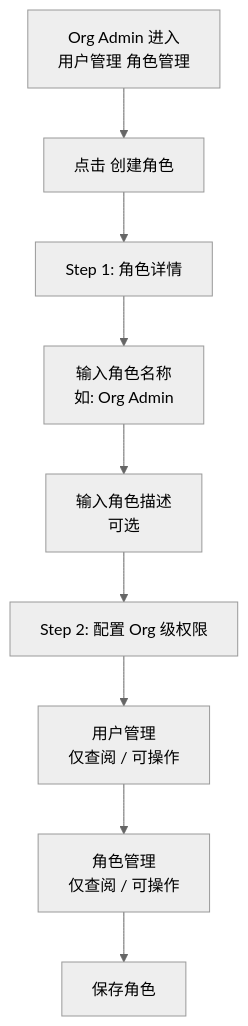
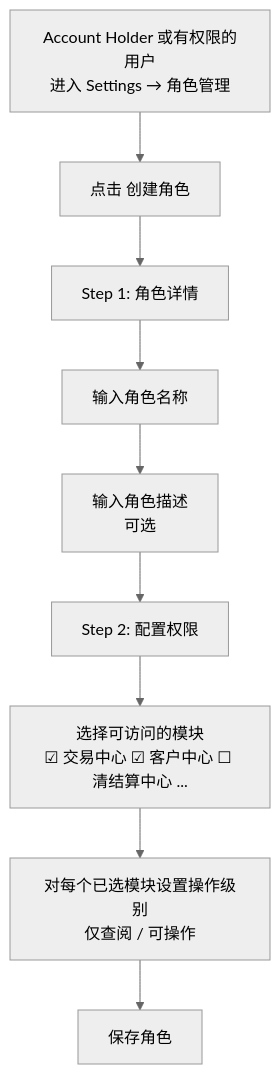
One commit to xiaoxiaoangie/EX-NEW changed the sixth of 13 diagrams in USERPERMISSIONS/prd/Users-Roles-Permissions.md. Above: the diagram before and after it, drawn with Mermaid (neutral theme). The commit also changed other lines of this file and 30 other files, not shown here.

````diff
--- a/USERPERMISSIONS/prd/Users-Roles-Permissions.md
+++ b/USERPERMISSIONS/prd/Users-Roles-Permissions.md
@@ -470,14 +613,14 @@
 ```mermaid
 flowchart TD
-    A[Org Admin 进入<br/>用户管理 角色管理] --> B[点击 创建角色]
+    A[Account Holder 或有权限的用户<br/>进入 Settings → 角色管理] --> B[点击 创建角色]
 
     B --> C[Step 1: 角色详情]
-    C --> C1[输入角色名称<br/>如: Org Admin]
+    C --> C1[输入角色名称]
     C1 --> C2[输入角色描述<br/>可选]
 
-    C2 --> D[Step 2: 配置 Org 级权限]
-    D --> D1["用户管理<br/>仅查阅 / 可操作"]
-    D1 --> D2["角色管理<br/>仅查阅 / 可操作"]
+    C2 --> D[Step 2: 配置权限]
+    D --> D1["选择可访问的模块<br/>☑ 交易中心 ☑ 客户中心 ☐ 清结算中心 ..."]
+    D1 --> D2["对每个已选模块设置操作级别<br/>仅查阅 / 可操作"]
 
     D2 --> E[保存角色]
 ```
````
